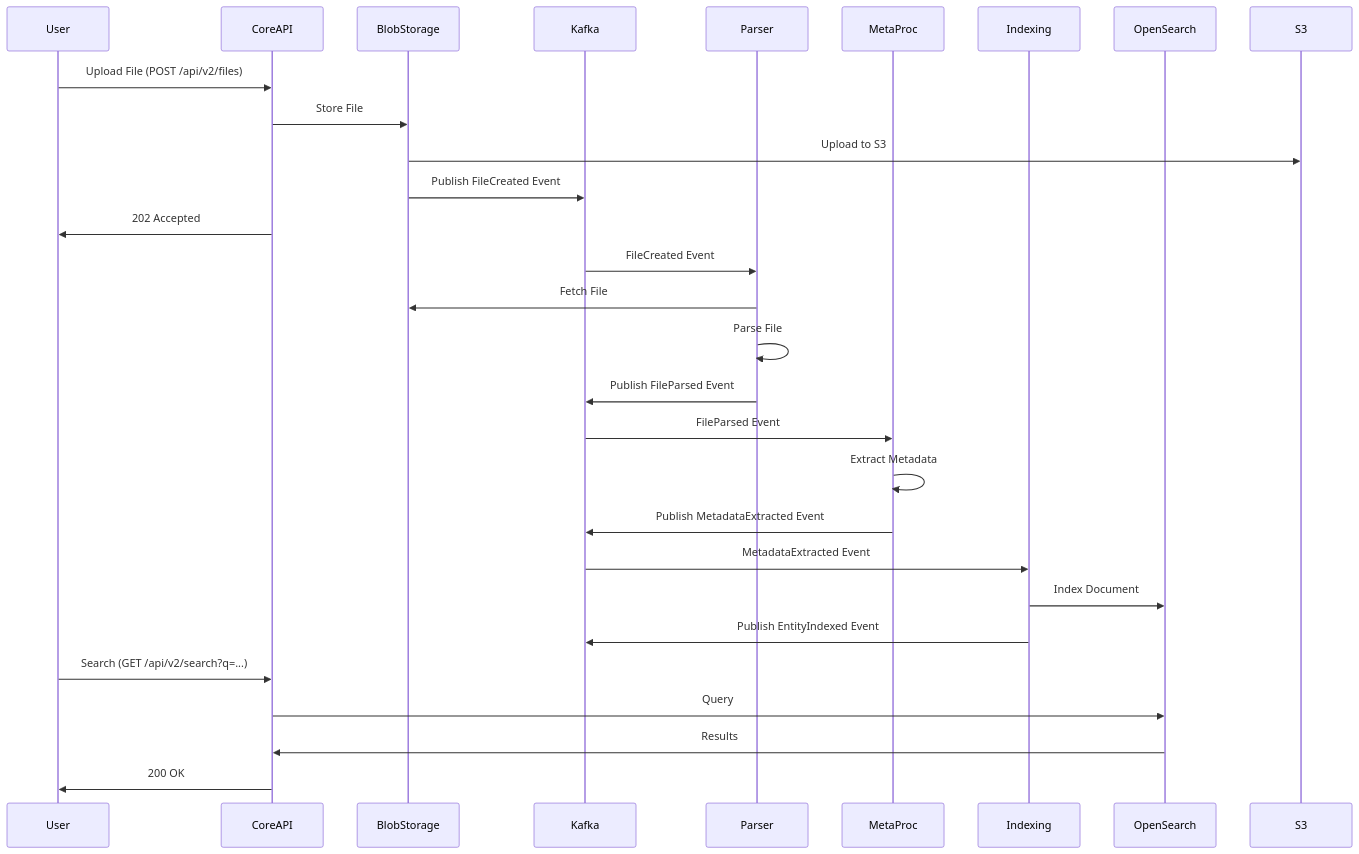
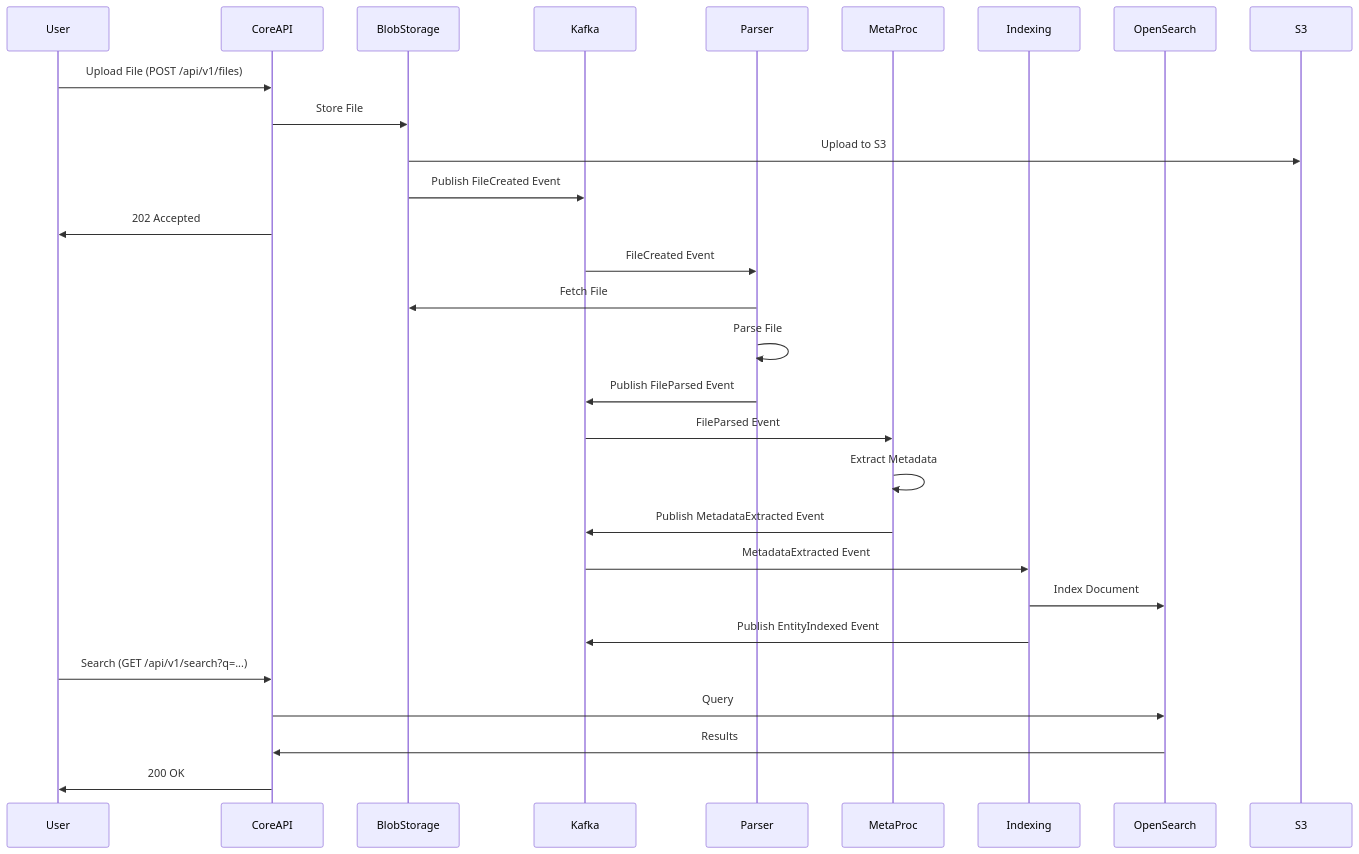
One commit to ArqiSoft/leanda-ng changed the second of 9 diagrams in docs/architecture-diagrams.md. Above: the diagram before and after it, drawn with Mermaid. The commit also changed other lines of this file and 98 other files, not shown here.

````diff
--- a/docs/architecture-diagrams.md
+++ b/docs/architecture-diagrams.md
@@ -106,35 +106,35 @@
 ```mermaid
 sequenceDiagram
     participant User
     participant CoreAPI
     participant BlobStorage
     participant Kafka
     participant Parser
     participant MetaProc
     participant Indexing
     participant OpenSearch
     
-    User->>CoreAPI: Upload File (POST /api/v2/files)
+    User->>CoreAPI: Upload File (POST /api/v1/files)
     CoreAPI->>BlobStorage: Store File
     BlobStorage->>S3: Upload to S3
     BlobStorage->>Kafka: Publish FileCreated Event
     CoreAPI->>User: 202 Accepted
     
     Kafka->>Parser: FileCreated Event
     Parser->>BlobStorage: Fetch File
     Parser->>Parser: Parse File
     Parser->>Kafka: Publish FileParsed Event
     
     Kafka->>MetaProc: FileParsed Event
     MetaProc->>MetaProc: Extract Metadata
     MetaProc->>Kafka: Publish MetadataExtracted Event
     
     Kafka->>Indexing: MetadataExtracted Event
     Indexing->>OpenSearch: Index Document
     Indexing->>Kafka: Publish EntityIndexed Event
     
-    User->>CoreAPI: Search (GET /api/v2/search?q=...)
+    User->>CoreAPI: Search (GET /api/v1/search?q=...)
     CoreAPI->>OpenSearch: Query
     OpenSearch->>CoreAPI: Results
     CoreAPI->>User: 200 OK
 ```
````
